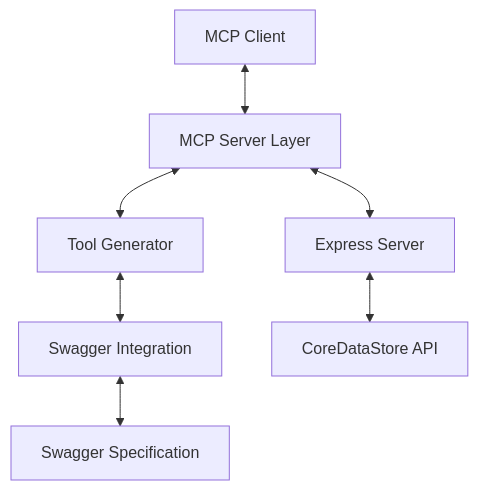
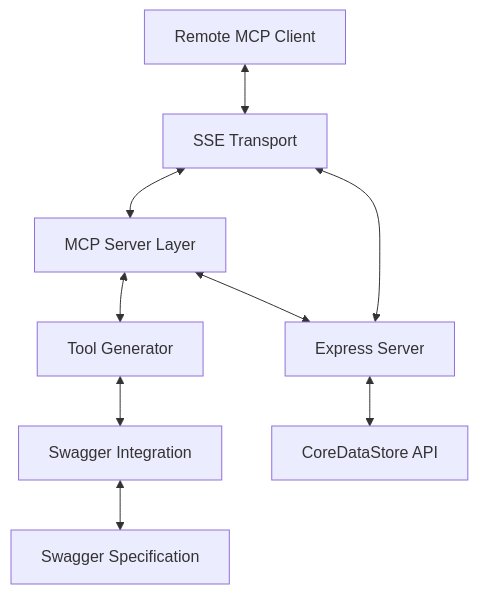
One commit to stuartshay/coredatastore-swagger-mcp changed the diagram in memory-bank/systemPatterns.md. Above: the diagram before and after it, drawn with Mermaid. The commit also changed other lines of this file and 6 other files, not shown here.

````diff
--- a/memory-bank/systemPatterns.md
+++ b/memory-bank/systemPatterns.md
@@ -7,9 +7,11 @@
 ```mermaid
 graph TD
-    Client[MCP Client] <--> MCPServer[MCP Server Layer]
+    RemoteClient[Remote MCP Client] <--> SSE[SSE Transport]
+    SSE <--> MCPServer[MCP Server Layer]
     MCPServer <--> ToolGen[Tool Generator]
     ToolGen <--> SwaggerInteg[Swagger Integration]
     MCPServer <--> ExpressServer[Express Server]
     ExpressServer <--> CoreAPI[CoreDataStore API]
     SwaggerInteg <--> SwaggerSpec[Swagger Specification]
+    ExpressServer <--> SSE
 ```
````
